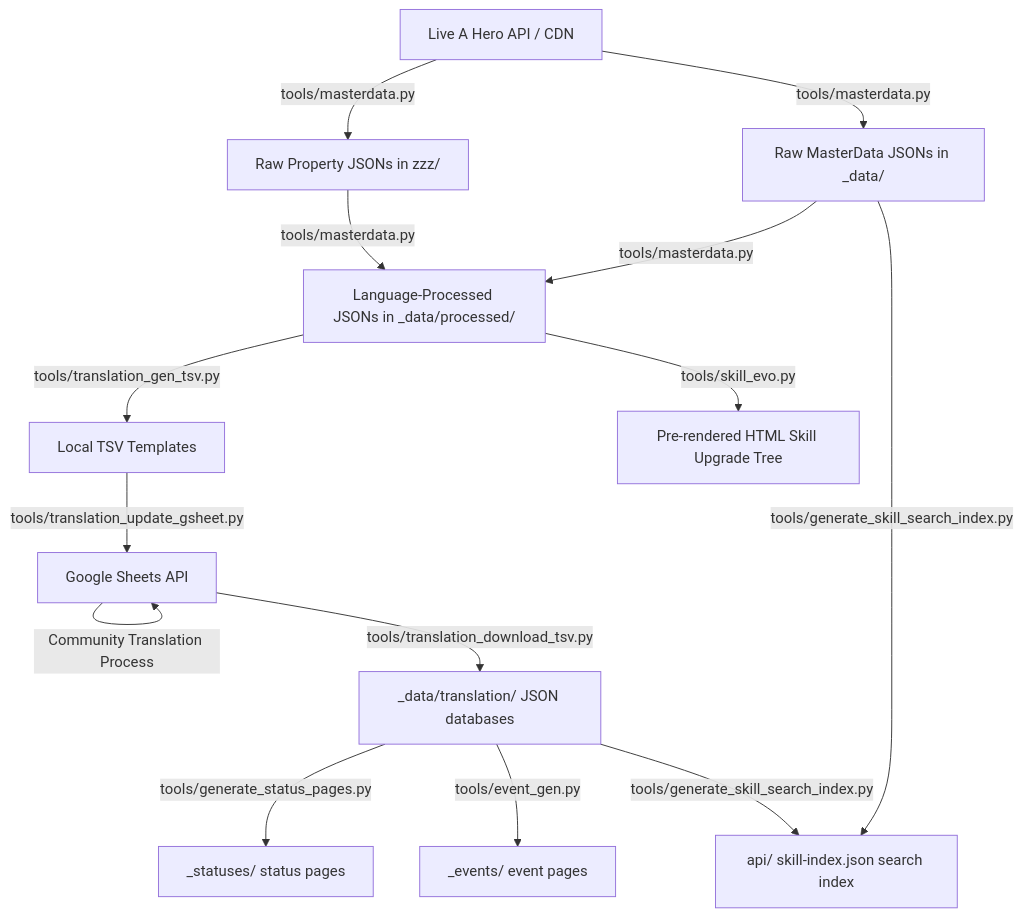
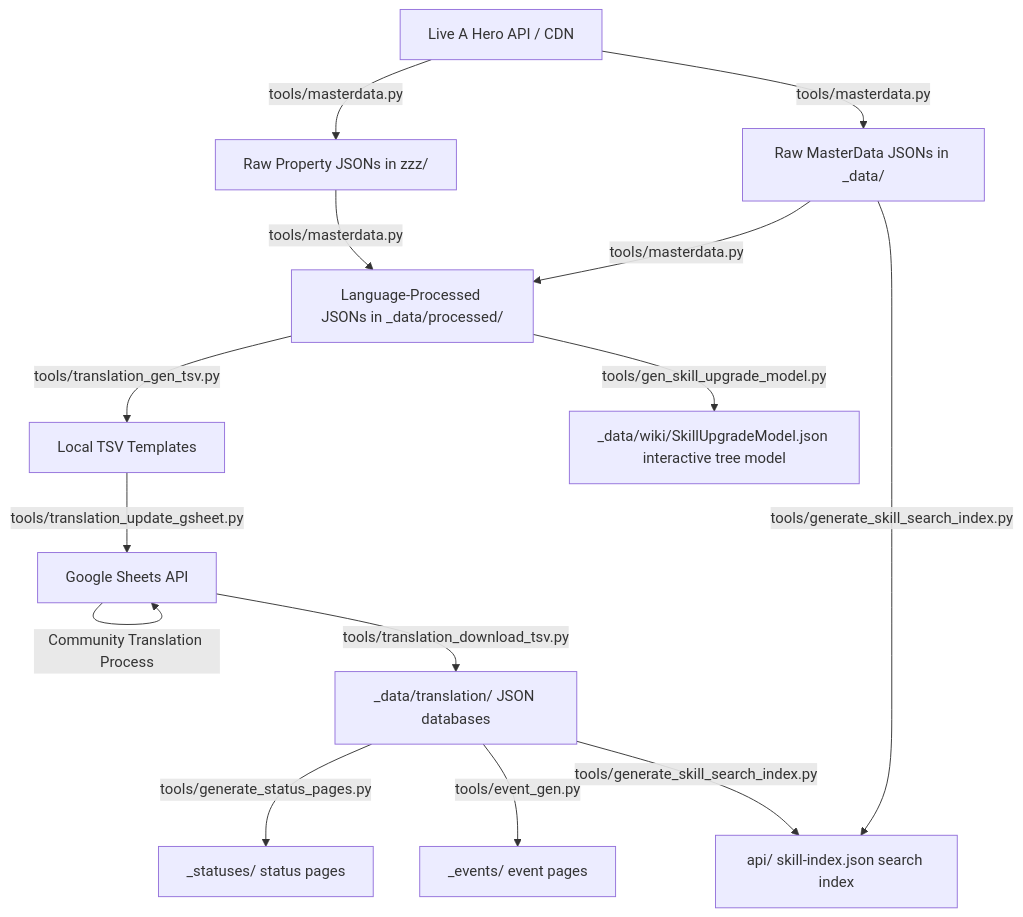
The diagram in docs/PYTHON_SCRIPTS.md (liveahero-wiki/liveahero-wiki.github.io), drawn with Mermaid before and after one commit. The commit also changed other lines of this file and 15 other files, not shown here.

Commit message:
feat: skill tree new UI

````diff
--- a/docs/PYTHON_SCRIPTS.md
+++ b/docs/PYTHON_SCRIPTS.md
@@ -5,22 +5,22 @@
 ```mermaid
 graph TD
     A[Live A Hero API / CDN] -->|tools/masterdata.py| B[Raw MasterData JSONs in _data/]
     A -->|tools/masterdata.py| C[Raw Property JSONs in zzz/]
     
     C -->|tools/masterdata.py| D[Language-Processed JSONs in _data/processed/]
     B -->|tools/masterdata.py| D
     
     D -->|tools/translation_gen_tsv.py| E[Local TSV Templates]
     E -->|tools/translation_update_gsheet.py| F[Google Sheets API]
     F -->|Community Translation Process| F
     
     F -->|tools/translation_download_tsv.py| G[_data/translation/ JSON databases]
     
     G -->|tools/generate_status_pages.py| H[_statuses/ status pages]
     G -->|tools/event_gen.py| I[_events/ event pages]
     
-    D -->|tools/skill_evo.py| J[Pre-rendered HTML Skill Upgrade Tree]
+    D -->|tools/gen_skill_upgrade_model.py| J[_data/wiki/SkillUpgradeModel.json interactive tree model]
 
     G -->|tools/generate_skill_search_index.py| K[api/ skill-index.json search index]
     B -->|tools/generate_skill_search_index.py| K
 ```
````
